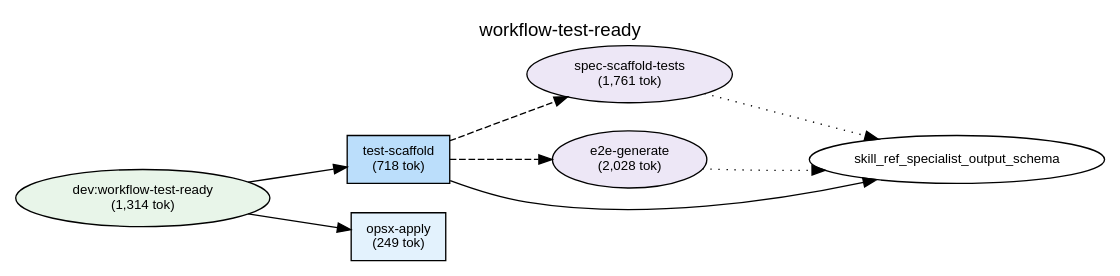
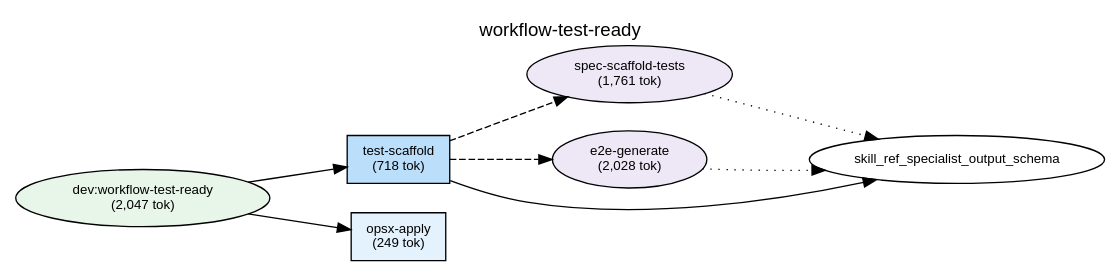
One commit to shuu5/twill changed the diagram in plugins/dev/docs/deps-workflow-test-ready.dot. Above: the diagram before and after it, drawn with Graphviz. The commit also changed 24 other files, not shown here.

First line of the commit message:
feat(arch): architecture drift 検出・更新トリガーを実装 (#160) (#183)

```diff
--- a/plugins/dev/docs/deps-workflow-test-ready.dot
+++ b/plugins/dev/docs/deps-workflow-test-ready.dot
@@ -1,55 +1,55 @@
 digraph Dependencies {
     // Graph settings
     rankdir=LR;
     ranksep=0.8;
     nodesep=0.3;
     fontname="Helvetica";
     node [fontname="Helvetica", fontsize=10];
     edge [fontname="Helvetica", fontsize=9];
     label="workflow-test-ready";
     labelloc=t;
     fontsize=14;
 
     // L0: Controller Skills
 
     // L0: Launchers
 
     // L0.5: Workflow Skills
-    skill_workflow_test_ready [label="dev:workflow-test-ready\n(1,314 tok)", shape=ellipse, style=filled, fillcolor="#e8f5e9"];
+    skill_workflow_test_ready [label="dev:workflow-test-ready\n(2,047 tok)", shape=ellipse, style=filled, fillcolor="#e8f5e9"];
 
     // Reference Skills
 
     // L1: Direct Commands
     cmd_opsx_apply [label="opsx-apply\n(249 tok)", shape=box, style=filled, fillcolor="#e3f2fd"];
     cmd_test_scaffold [label="test-scaffold\n(718 tok)", shape=box, style=filled, fillcolor="#bbdefb"];
 
     // L2: Sub Commands
 
     // L3: Agents
     agent_spec_scaffold_tests [label="spec-scaffold-tests\n(1,761 tok)", shape=ellipse, style=filled, fillcolor="#ede7f6"];
     agent_e2e_generate [label="e2e-generate\n(2,028 tok)", shape=ellipse, style=filled, fillcolor="#ede7f6"];
 
     // L3.5: Scripts
 
     // L4: External
 
     // Layer constraints
     { rank=same; skill_workflow_test_ready; }
     { rank=same; cmd_opsx_apply; cmd_test_scaffold; }
     { rank=same; agent_spec_scaffold_tests; agent_e2e_generate; }
 
     // Edges
     skill_workflow_test_ready -> cmd_test_scaffold;
     skill_workflow_test_ready -> cmd_opsx_apply;
     cmd_test_scaffold -> agent_spec_scaffold_tests [style=dashed];
     cmd_test_scaffold -> agent_e2e_generate [style=dashed];
     cmd_test_scaffold -> skill_ref_specialist_output_schema;
     agent_spec_scaffold_tests -> skill_ref_specialist_output_schema [style=dotted];
     agent_e2e_generate -> skill_ref_specialist_output_schema [style=dotted];
 
     // Ordering constraints (invisible edges)
     cmd_test_scaffold -> cmd_opsx_apply [style=invis, weight=10];
     agent_spec_scaffold_tests -> agent_e2e_generate [style=invis, weight=10];
     agent_e2e_generate -> skill_ref_specialist_output_schema [style=invis, weight=10];
 
 }
```
